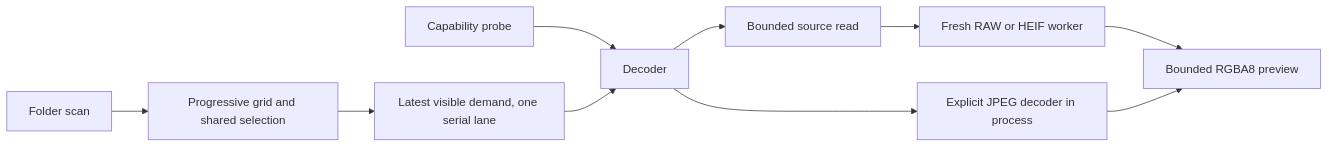
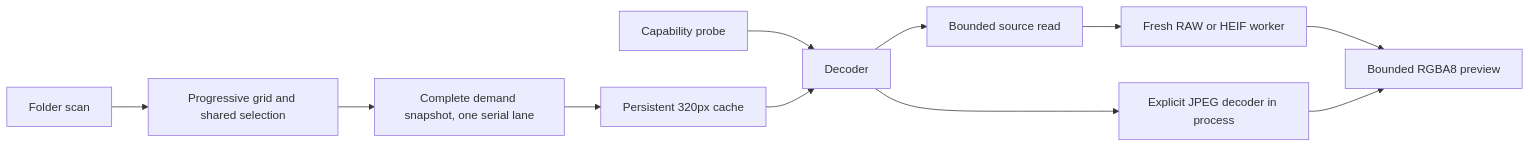
Before and after one commit to djquan/crema: the diagram in docs/decode-prototype.md, drawn with Mermaid. The commit also changed other lines of this file and 20 other files, not shown here.

````diff
--- a/docs/decode-prototype.md
+++ b/docs/decode-prototype.md
@@ -7,12 +7,13 @@
 ```mermaid
 flowchart LR
     Scan[Folder scan] --> UI[Progressive grid and shared selection]
-    UI --> Jobs[Latest visible demand, one serial lane]
+    UI --> Jobs[Complete demand snapshot, one serial lane]
     Probe[Capability probe] --> Decoder[Decoder]
-    Jobs --> Decoder
+    Jobs --> Cache[Persistent 320px cache]
+    Cache --> Decoder
     Decoder --> JPEG[Explicit JPEG decoder in process]
     Decoder --> Parent[Bounded source read]
     Parent --> Worker[Fresh RAW or HEIF worker]
     Worker --> Preview[Bounded RGBA8 preview]
     JPEG --> Preview
 ```
````
